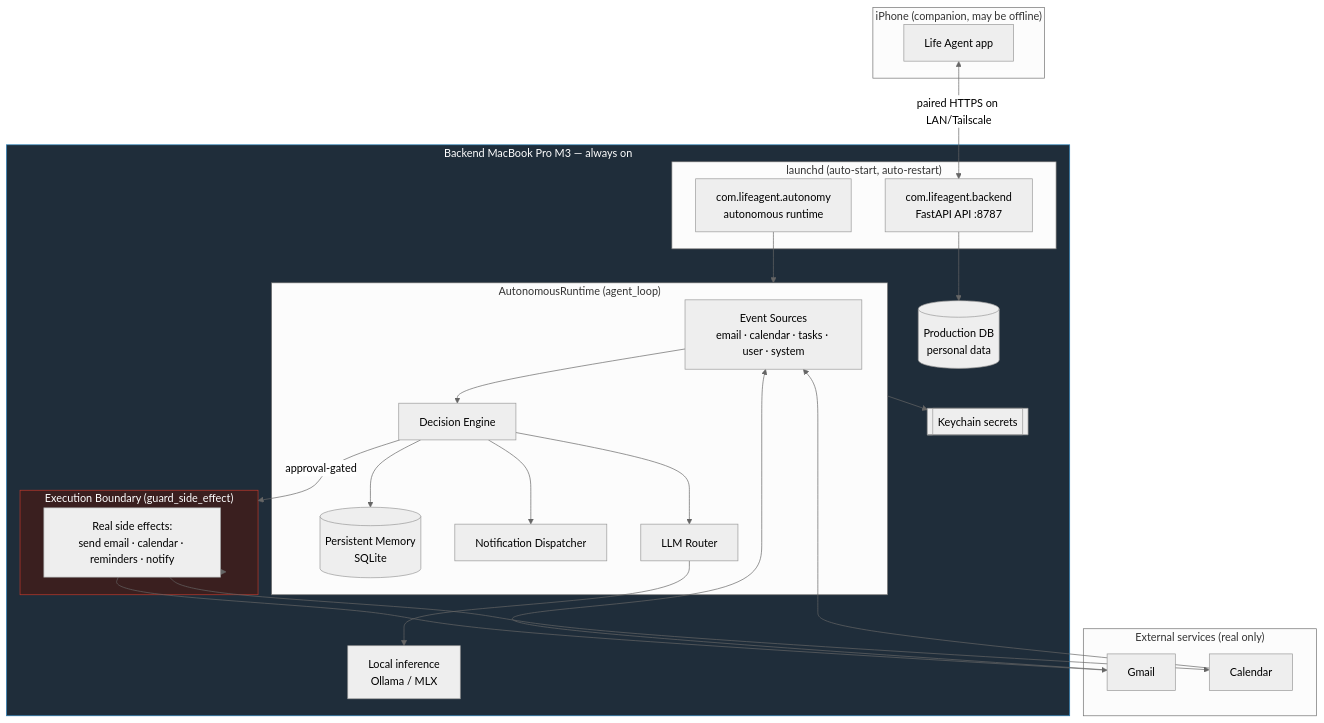
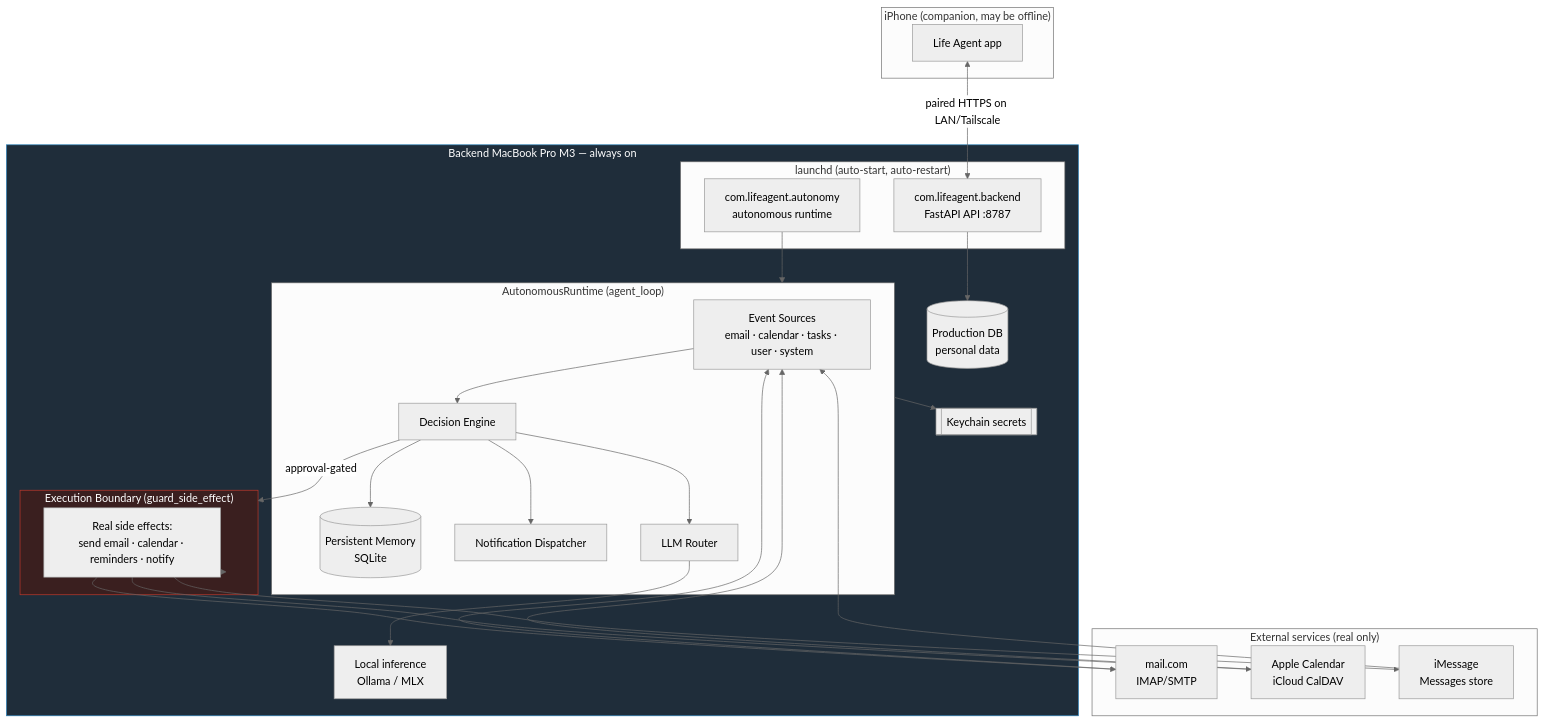
Before and after one commit to Uselmann84/LifeAgent: the first of 2 diagrams in docs/AUTONOMOUS_ARCHITECTURE.md, drawn with Mermaid (neutral theme). The commit also changed other lines of this file and 24 other files, not shown here.

First line of the commit message:
feat: real mail.com/iCloud/iMessage integrations + document understanding

````diff
--- a/docs/AUTONOMOUS_ARCHITECTURE.md
+++ b/docs/AUTONOMOUS_ARCHITECTURE.md
@@ -40,53 +40,56 @@
 ```mermaid
 flowchart TB
     subgraph iPhone["iPhone (companion, may be offline)"]
         APP[Life Agent app]
     end
 
     subgraph Backend["Backend MacBook Pro M3 — always on"]
         subgraph launchd["launchd (auto-start, auto-restart)"]
             SVC1[com.lifeagent.backend<br/>FastAPI API :8787]
             SVC2[com.lifeagent.autonomy<br/>autonomous runtime]
         end
 
         subgraph Runtime["AutonomousRuntime (agent_loop)"]
             SRC[Event Sources<br/>email · calendar · tasks · user · system]
             DEC[Decision Engine]
             MEM[(Persistent Memory<br/>SQLite)]
             NOTE[Notification Dispatcher]
             ROUTE[LLM Router]
         end
 
         subgraph Boundary["Execution Boundary (guard_side_effect)"]
             EFFECTS[Real side effects:<br/>send email · calendar · reminders · notify]
         end
 
         LLM[Local inference<br/>Ollama / MLX]
         DB[(Production DB<br/>personal data)]
         SEC[[Keychain secrets]]
     end
 
     subgraph External["External services (real only)"]
-        GMAIL[Gmail]
-        CAL[Calendar]
+        MAIL[mail.com<br/>IMAP/SMTP]
+        CAL[Apple Calendar<br/>iCloud CalDAV]
+        IMSG[iMessage<br/>Messages store]
     end
 
     APP <-->|paired HTTPS on LAN/Tailscale| SVC1
     SVC1 --> DB
     SVC2 --> Runtime
     SRC --> DEC
     DEC --> MEM
     DEC --> NOTE
     DEC --> ROUTE
     ROUTE --> LLM
     DEC -->|approval-gated| Boundary
     Boundary --> EFFECTS
-    EFFECTS --> GMAIL
+    EFFECTS --> MAIL
     EFFECTS --> CAL
-    GMAIL --> SRC
+    EFFECTS --> IMSG
+    MAIL --> SRC
     CAL --> SRC
+    IMSG --> SRC
     Runtime --> SEC
 
     style Boundary fill:#3a1f1f,stroke:#c0392b,color:#fff
     style Backend fill:#1f2d3a,stroke:#2980b9,color:#fff
 ```
````
